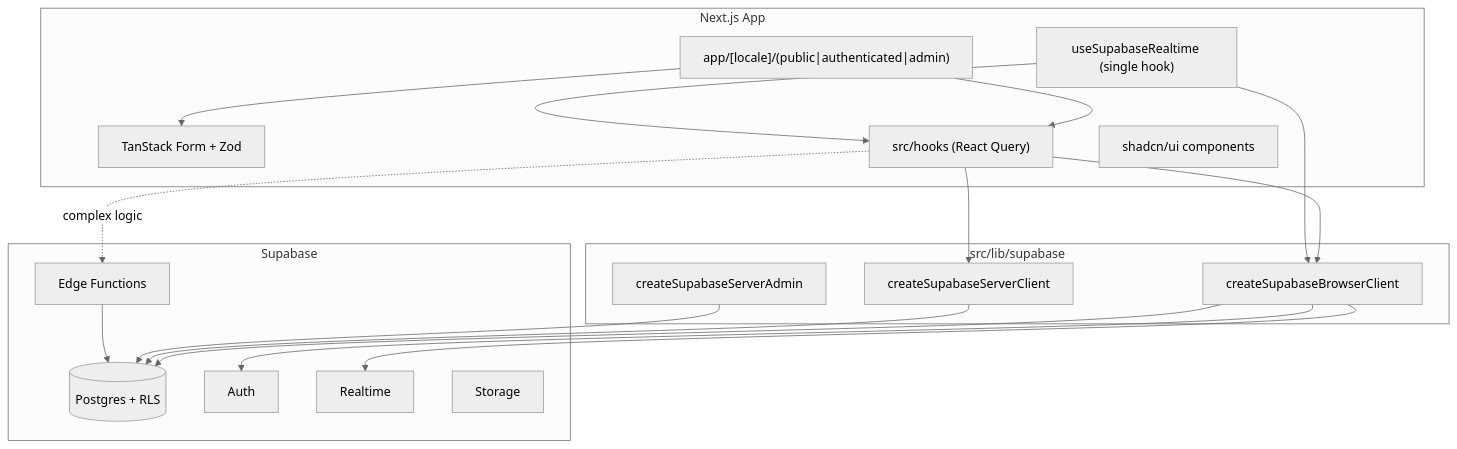
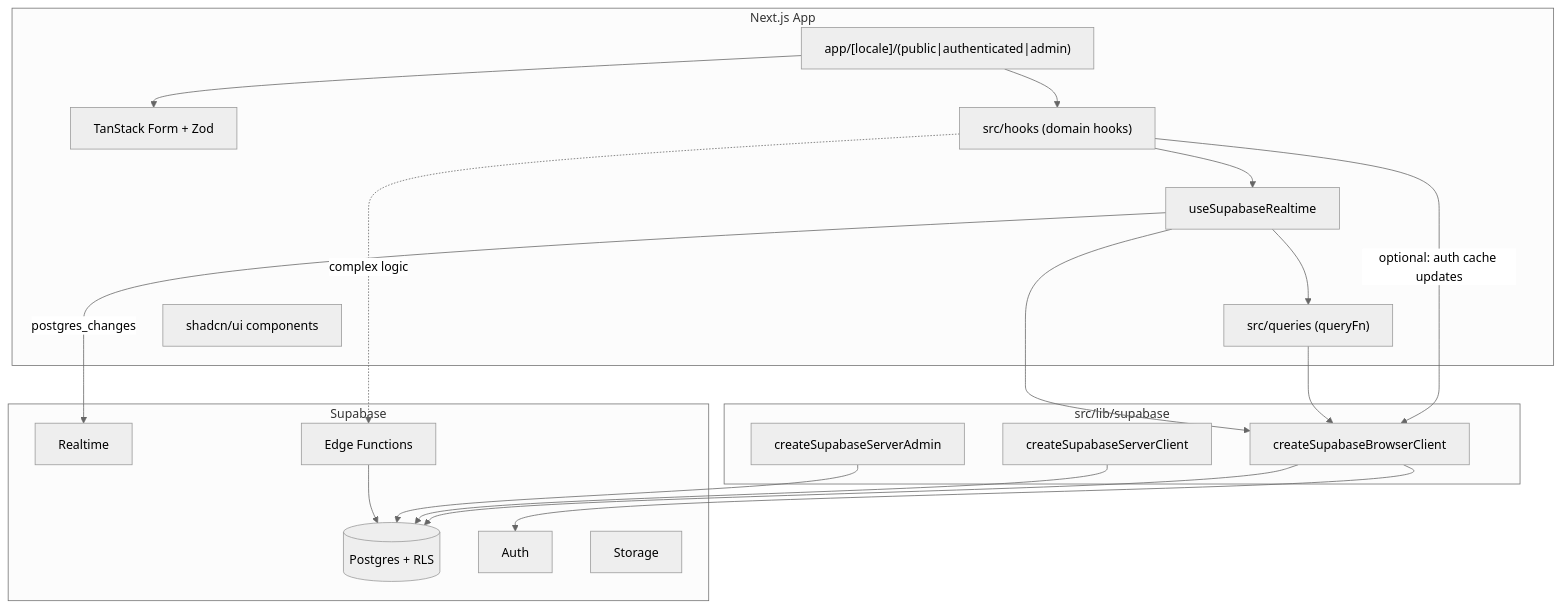
Before and after one commit to ExtraPerry/Digital-School-Project-DEV-DSP4-G3-2026: the diagram in agent.md, drawn with Mermaid (neutral theme). The commit also changed other lines of this file and 13 other files, not shown here.

````diff
--- a/agent.md
+++ b/agent.md
@@ -86,38 +93,40 @@
 ```mermaid
 flowchart TB
   subgraph frontend [Next.js App]
     Pages["app/[locale]/(public|authenticated|admin)"]
     Forms["TanStack Form + Zod"]
-    Hooks["src/hooks (React Query)"]
-    RealtimeHook["useSupabaseRealtime (single hook)"]
+    DomainHooks["src/hooks (domain hooks)"]
+    RealtimeHook["useSupabaseRealtime"]
+    Queries["src/queries (queryFn)"]
     UI["shadcn/ui components"]
   end
 
   subgraph supabaseLib [src/lib/supabase]
     BrowserClient[createSupabaseBrowserClient]
     ServerClient[createSupabaseServerClient]
     AdminClient[createSupabaseServerAdmin]
   end
 
   subgraph supabaseCloud [Supabase]
     DB[(Postgres + RLS)]
     Auth[Auth]
     Realtime[Realtime]
     Storage[Storage]
     EdgeFn[Edge Functions]
   end
 
   Pages --> Forms
-  Pages --> Hooks
-  Hooks --> BrowserClient
-  Hooks --> ServerClient
+  Pages --> DomainHooks
+  DomainHooks --> RealtimeHook
+  DomainHooks -->|"optional: auth cache updates"| BrowserClient
+  RealtimeHook --> Queries
+  Queries --> BrowserClient
   RealtimeHook --> BrowserClient
-  RealtimeHook --> Hooks
+  RealtimeHook -->|"postgres_changes"| Realtime
   BrowserClient --> DB
   BrowserClient --> Auth
-  BrowserClient --> Realtime
   ServerClient --> DB
   AdminClient --> DB
   EdgeFn --> DB
-  Hooks -.->|"complex logic"| EdgeFn
+  DomainHooks -.->|"complex logic"| EdgeFn
 ```
````
